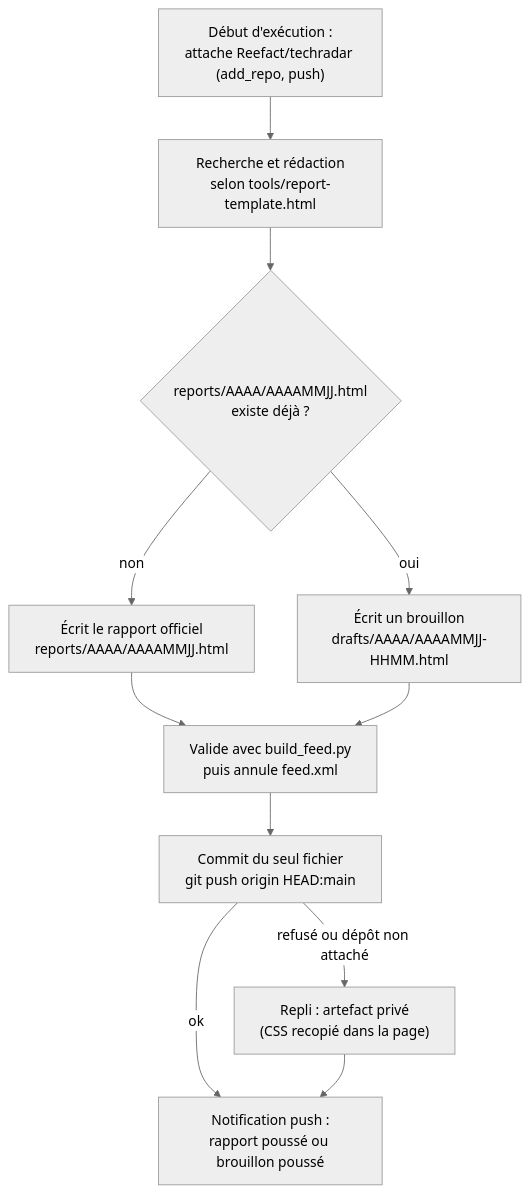
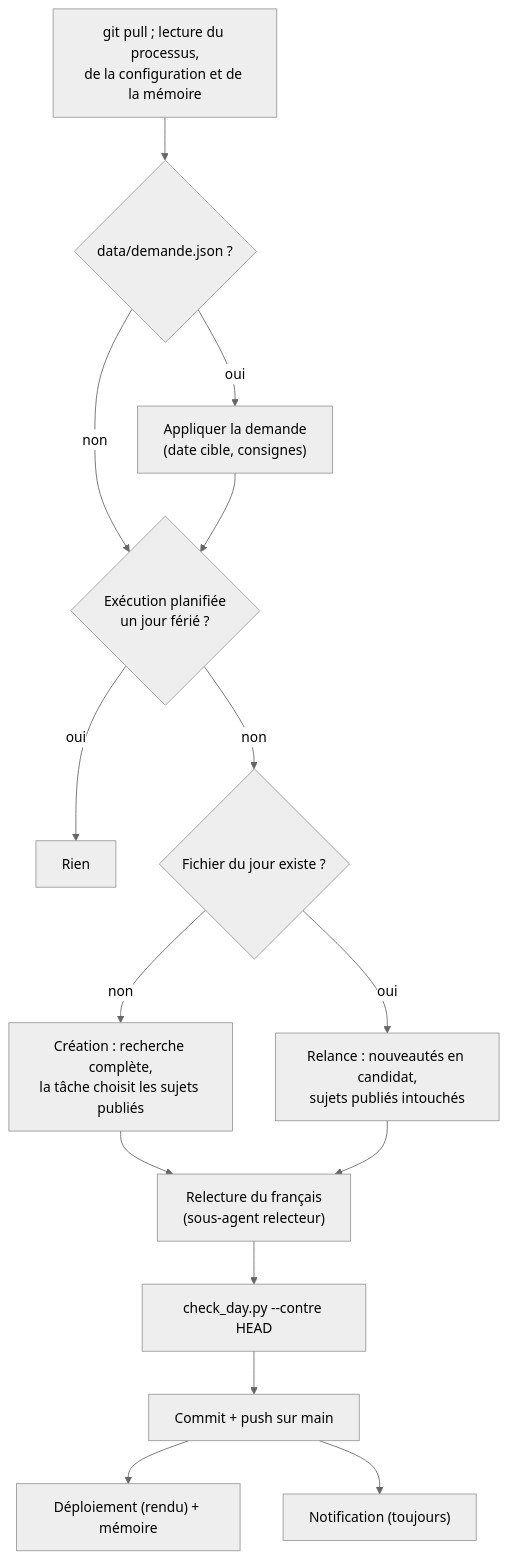
One commit to Reefact/techradar changed the diagram in docs/generation.md. Above: the diagram before and after it, drawn with Mermaid (neutral theme). The commit also changed other lines of this file and 33 other files, not shown here.

First line of the commit message:
v2: daily data files, rendered site, /dossier/, config/, check_day, new skills and docs

````diff
--- a/docs/generation.md
+++ b/docs/generation.md
@@ -26,13 +24,17 @@
 ```mermaid
 flowchart TD
-    S["Début d'exécution :<br/>attache Reefact/techradar (add_repo, push)"] --> R["Recherche et rédaction<br/>selon tools/report-template.html"]
-    R --> E{"reports/AAAA/AAAAMMJJ.html<br/>existe déjà ?"}
-    E -- non --> O["Écrit le rapport officiel<br/>reports/AAAA/AAAAMMJJ.html"]
-    E -- oui --> D["Écrit un brouillon<br/>drafts/AAAA/AAAAMMJJ-HHMM.html"]
-    O --> V["Valide avec build_feed.py<br/>puis annule feed.xml"]
-    D --> V
-    V --> P["Commit du seul fichier<br/>git push origin HEAD:main"]
-    P -->|"refusé ou dépôt non attaché"| B["Repli : artefact privé<br/>(CSS recopié dans la page)"]
-    P -->|"ok"| N["Notification push :<br/>rapport poussé ou brouillon poussé"]
-    B --> N
+    S["git pull ; lecture du processus,<br/>de la configuration et de la mémoire"] --> Q{"data/demande.json ?"}
+    Q -- oui --> Q2["Appliquer la demande<br/>(date cible, consignes)"]
+    Q -- non --> H
+    Q2 --> H{"Exécution planifiée<br/>un jour férié ?"}
+    H -- oui --> X["Rien"]
+    H -- non --> F{"Fichier du jour existe ?"}
+    F -- non --> N["Création : recherche complète,<br/>la tâche choisit les sujets publiés"]
+    F -- oui --> A["Relance : nouveautés en candidat,<br/>sujets publiés intouchés"]
+    N --> R["Relecture du français<br/>(sous-agent relecteur)"]
+    A --> R
+    R --> V["check_day.py --contre HEAD"]
+    V --> P["Commit + push sur main"]
+    P --> D["Déploiement (rendu) + mémoire"]
+    P --> NT["Notification (toujours)"]
 ```
````
